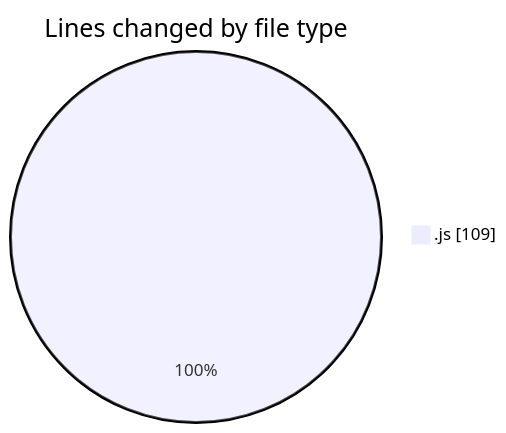
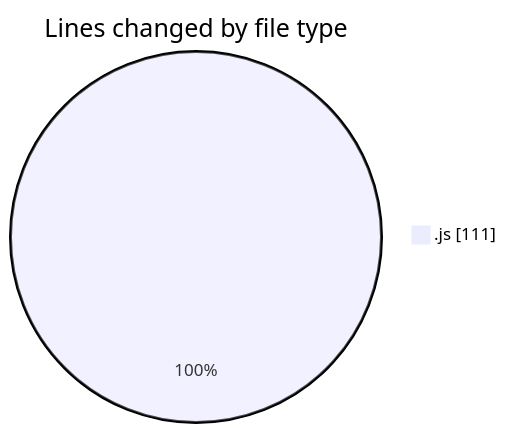
Before and after one commit to momahboobian/code-tracking: the first of 2 diagrams in 2025-03-13/cda/README.md, drawn with Mermaid. The commit also changed other lines of this file and 1 other file, not shown here.

````diff
--- a/2025-03-13/cda/README.md
+++ b/2025-03-13/cda/README.md
@@ -21,5 +21,5 @@
 ```mermaid
 pie showData
 title Lines changed by file type
-".js" : 109
+".js" : 111
 ```
````
